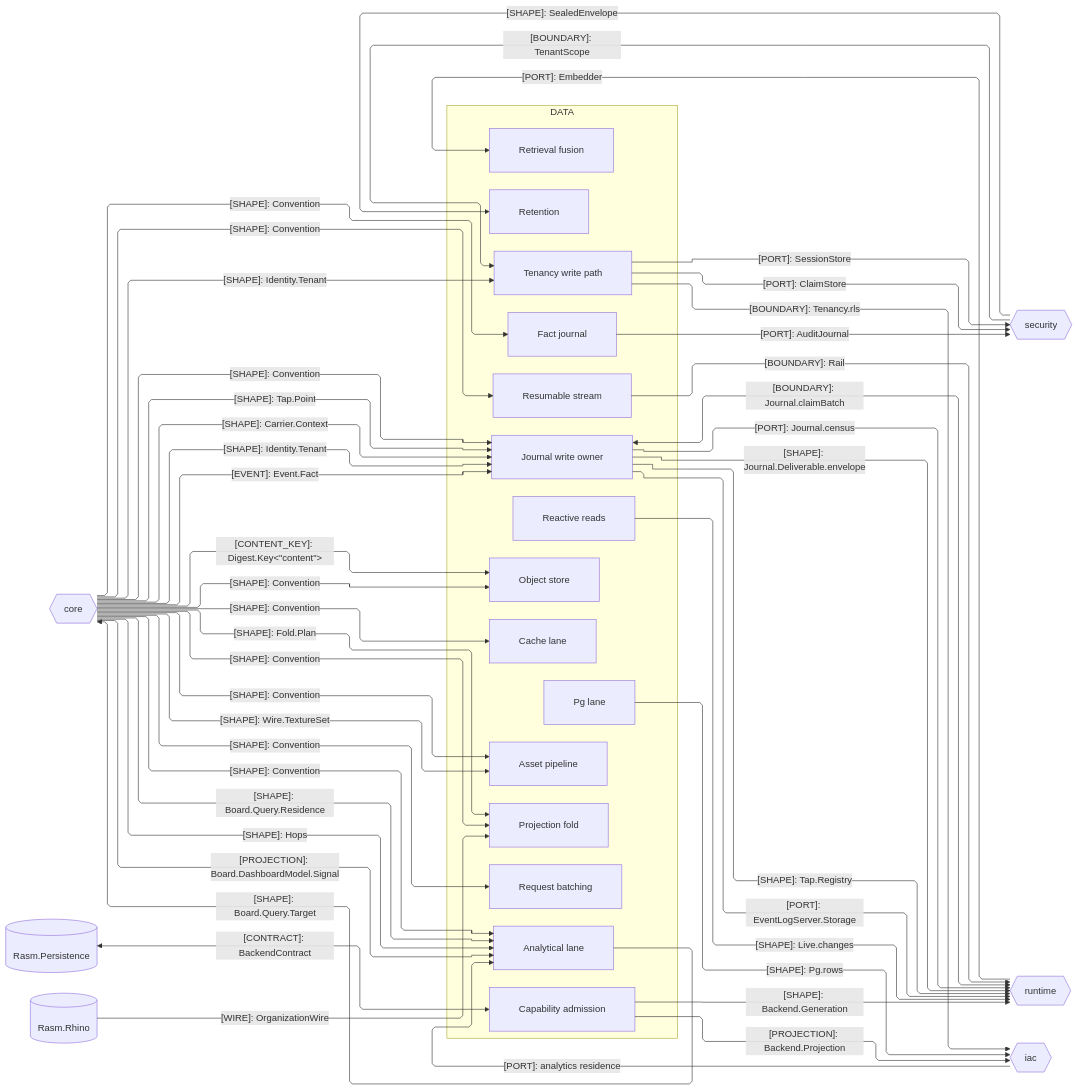
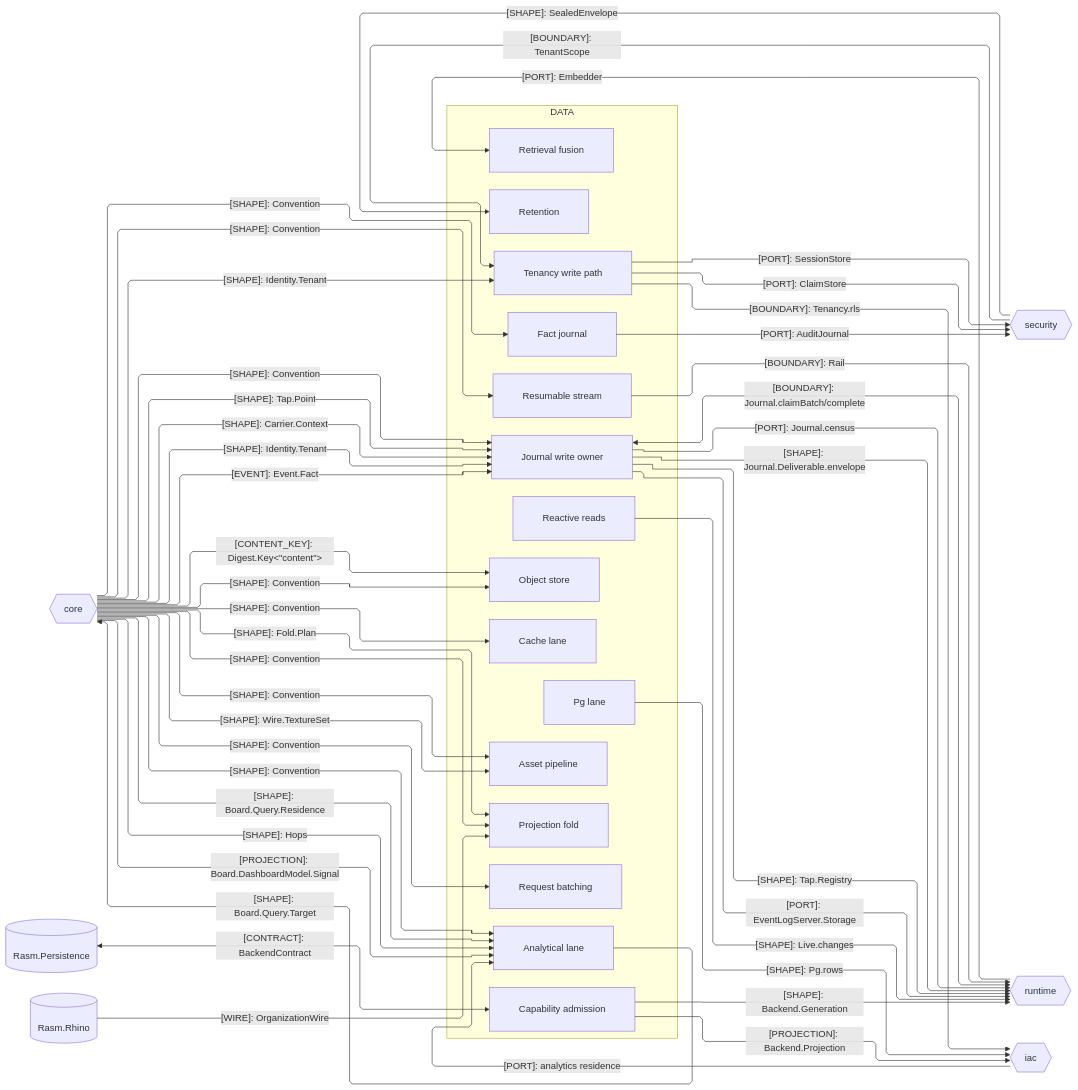
Before and after one commit to bsamiee/Rasm: the second of 3 diagrams in libs/typescript/data/ARCHITECTURE.md, drawn with Mermaid. The commit also changed 272 other files, not shown here.

````diff
--- a/libs/typescript/data/ARCHITECTURE.md
+++ b/libs/typescript/data/ARCHITECTURE.md
@@ -108,76 +108,76 @@
 ```mermaid
 ---
 config:
   layout: elk
   flowchart:
     curve: linear
     padding: 25
 ---
 flowchart LR
     accTitle: Data package seam registry
     accDescr: Data exchanges custody, tenancy, hook, backend, and Board.Query contracts with branch peers and Rasm.Persistence.
     subgraph data[DATA]
         Fold[Projection fold]
         Store[Object store]
         Tenant[Tenancy write path]
         Retain[Retention]
         Append[Journal write owner]
         Live[Reactive reads]
         Stream[Resumable stream]
         Search[Retrieval fusion]
         Postgres[Pg lane]
         Capability[Capability admission]
         Fact[Fact journal]
         Batch[Request batching]
         Cache[Cache lane]
         Olap[Analytical lane]
         Asset[Asset pipeline]
     end
     Core{{core}}
     Security{{security}}
     Runtime{{runtime}}
     Iac{{iac}}
     Persistence[(Rasm.Persistence)]
     Rhino[(Rasm.Rhino)]
     Core e1@-->|"[SHAPE]: Fold.Plan"| Fold
     Core e2@-->|"[CONTENT_KEY]: Digest.Key&lt;&quot;content&quot;&gt;"| Store
     Core e3@-->|"[SHAPE]: Identity.Tenant"| Tenant
     Tenant e4@-->|"[PORT]: SessionStore"| Security
     Security e5@-->|"[BOUNDARY]: TenantScope"| Tenant
     Security e6@-->|"[SHAPE]: SealedEnvelope"| Retain
-    Append e7@<-->|"[BOUNDARY]: Journal.claimBatch"| Runtime
+    Append e7@<-->|"[BOUNDARY]: Journal.claimBatch/complete"| Runtime
     Live e8@-->|"[SHAPE]: Live.changes"| Runtime
     Stream e9@-->|"[BOUNDARY]: Rail"| Runtime
     Runtime e10@-->|"[PORT]: Embedder"| Search
     Postgres e11@-->|"[SHAPE]: Pg.rows"| Iac
     Tenant e12@-->|"[BOUNDARY]: Tenancy.rls"| Iac
     Core e13@-->|"[SHAPE]: Convention"| Append
     Core e14@-->|"[SHAPE]: Convention"| Fold
     Append e15@-->|"[PORT]: Journal.census"| Runtime
     Tenant e16@-->|"[PORT]: ClaimStore"| Security
     Core e17@-->|"[SHAPE]: Convention"| Fact
     Core e18@-->|"[SHAPE]: Convention"| Batch
     Core e19@-->|"[SHAPE]: Convention"| Store
     Core e20@-->|"[SHAPE]: Convention"| Stream
     Core e21@-->|"[SHAPE]: Convention"| Cache
     Core e22@-->|"[SHAPE]: Convention"| Olap
     Append e23@-->|"[SHAPE]: Journal.Deliverable.envelope"| Runtime
     Core e24@-->|"[SHAPE]: Tap.Point"| Append
     Append e25@-->|"[SHAPE]: Tap.Registry"| Runtime
     Capability e26@-->|"[PROJECTION]: Backend.Projection"| Iac
     Capability e27@-->|"[SHAPE]: Backend.Generation"| Runtime
     Persistence e28@<-->|"[CONTRACT]: BackendContract"| Capability
     Fact e29@-->|"[PORT]: AuditJournal"| Security
     Core e30@-->|"[SHAPE]: Board.Query.Residence"| Olap
     Core e31@-->|"[SHAPE]: Hops"| Olap
     Olap e32@-->|"[SHAPE]: Board.Query.Target"| Core
     Core e33@-->|"[PROJECTION]: Board.DashboardModel.Signal"| Olap
     Iac e34@-->|"[PORT]: analytics residence"| Olap
     Core e35@-->|"[SHAPE]: Convention"| Asset
     Core e36@-->|"[SHAPE]: Wire.TextureSet"| Asset
     Rhino e37@-->|"[WIRE]: OrganizationWire"| Fold
     Core e38@-->|"[SHAPE]: Carrier.Context"| Append
     Core e39@-->|"[SHAPE]: Identity.Tenant"| Append
     Core e40@-->|"[EVENT]: Event.Fact"| Append
     Append e41@-->|"[PORT]: EventLogServer.Storage"| Runtime
 ```
````
